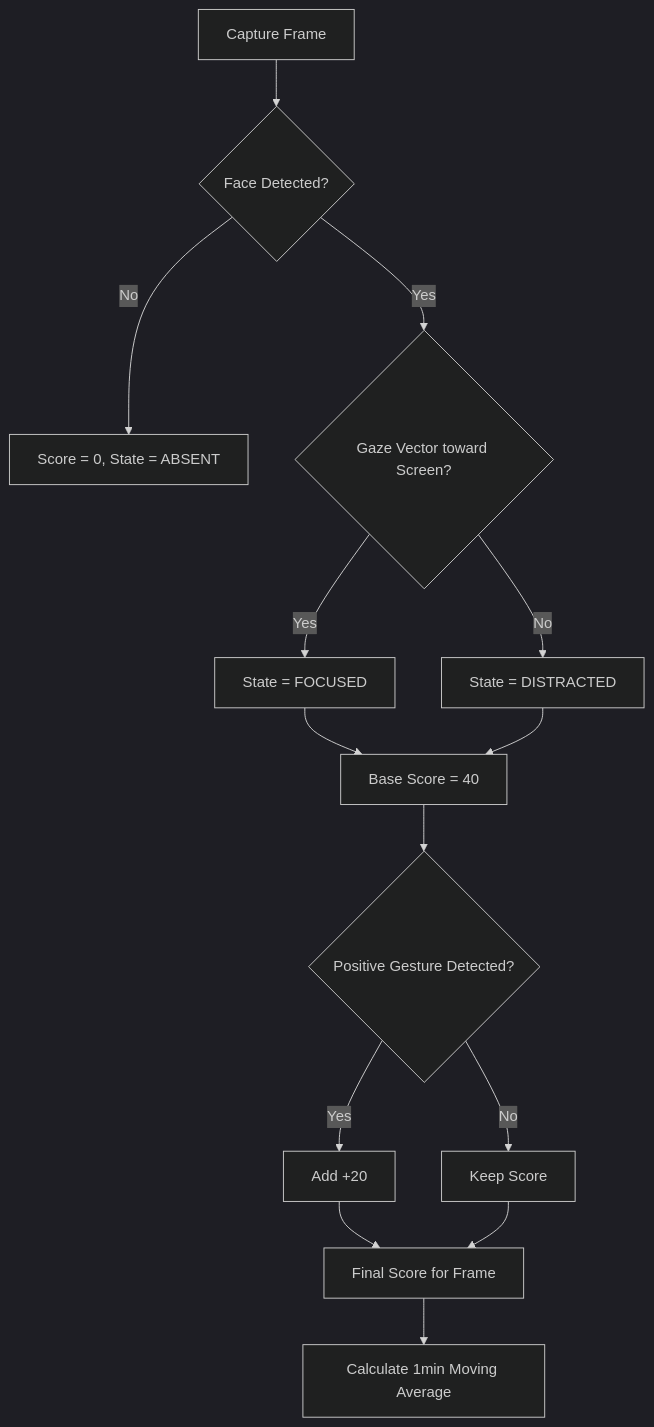
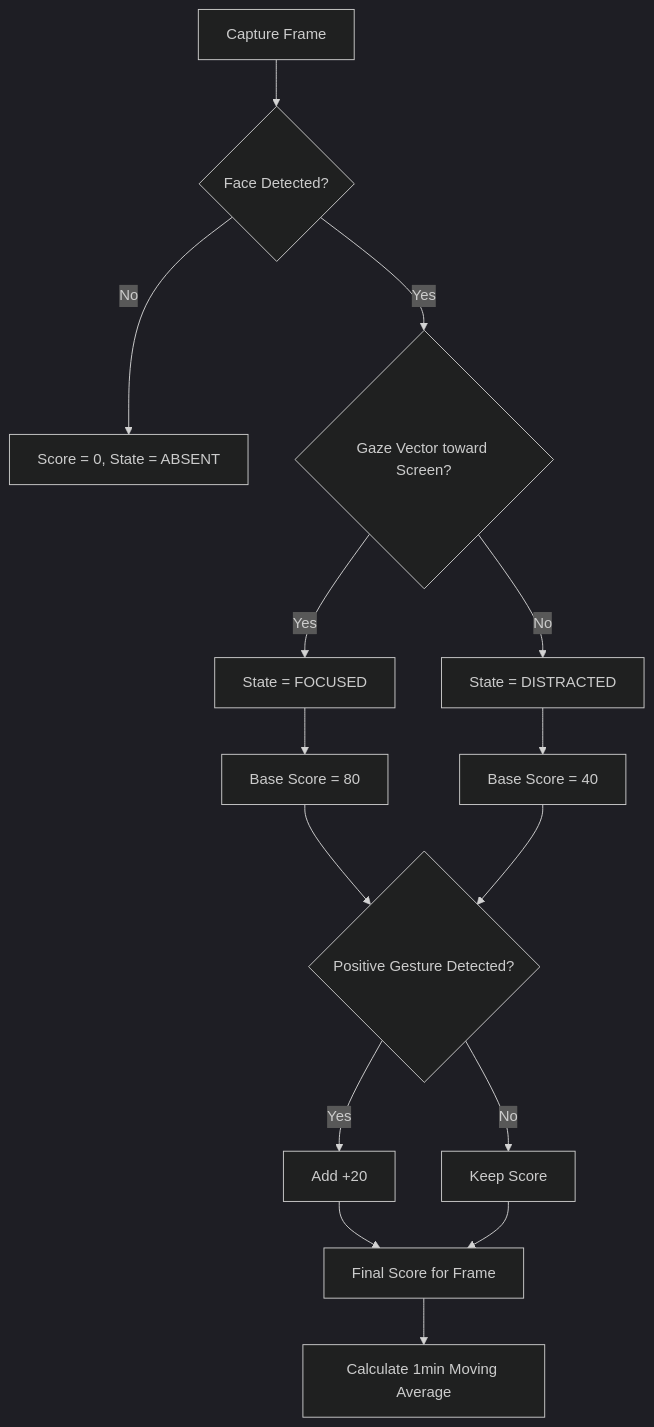
The tenth of 10 diagrams in ARCHITECTURE.md (deepanmpc/LaRa), drawn with Mermaid (dark theme) before and after one commit. The commit also changed other lines of this file, not shown here.

Commit message:
refactor: simplify Mermaid diagrams by removing styling classes and cleaning up node labels

````diff
--- a/ARCHITECTURE.md
+++ b/ARCHITECTURE.md
@@ -201,20 +180,22 @@
 ```mermaid
 flowchart TD
-    Start[Capture Frame] --> Face{Face Detected?}
-    Face -->|No| Sub[Score = 0, State = ABSENT]
-    Face -->|Yes| Gaze{Gaze Vector toward Screen?}
+    Start[Capture Frame] --> Face{"Face Detected?"}
+    Face -->|No| Sub["Score = 0, State = ABSENT"]
+    Face -->|Yes| Gaze{"Gaze Vector toward Screen?"}
     
     Gaze -->|Yes| Foc[State = FOCUSED]
     Gaze -->|No| Dist[State = DISTRACTED]
     
-    Foc --> Base[Base Score = 80]
-    Dist --> Base[Base Score = 40]
+    Foc --> Base80["Base Score = 80"]
+    Dist --> Base40["Base Score = 40"]
     
-    Base --> Gesture{Positive Gesture Detected?}
-    Gesture -->|Yes| Add[Add +20]
-    Gesture -->|No| Keep[Keep Score]
+    Base80 --> Gesture{"Positive Gesture Detected?"}
+    Base40 --> Gesture
+    
+    Gesture -->|Yes| Add["Add +20"]
+    Gesture -->|No| Keep["Keep Score"]
     
     Add --> Final[Final Score for Frame]
     Keep --> Final
     Final --> Avg[Calculate 1min Moving Average]
 ```
````
